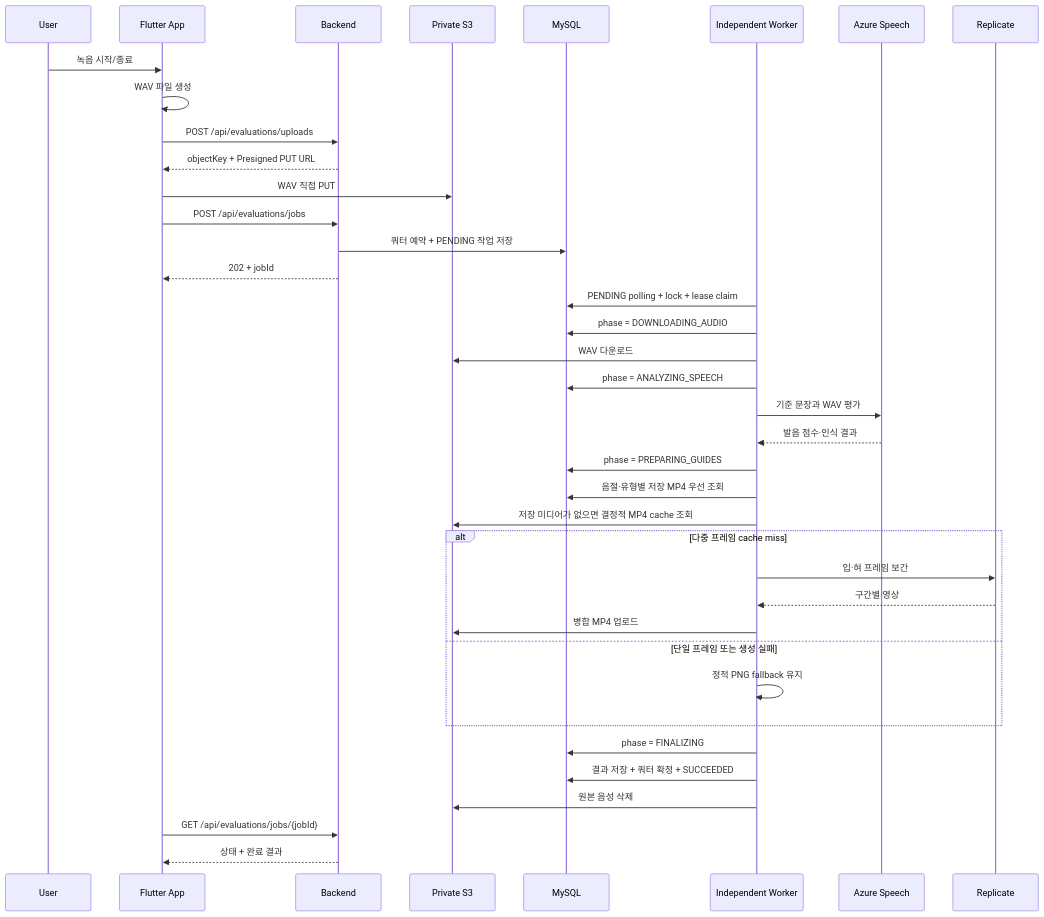
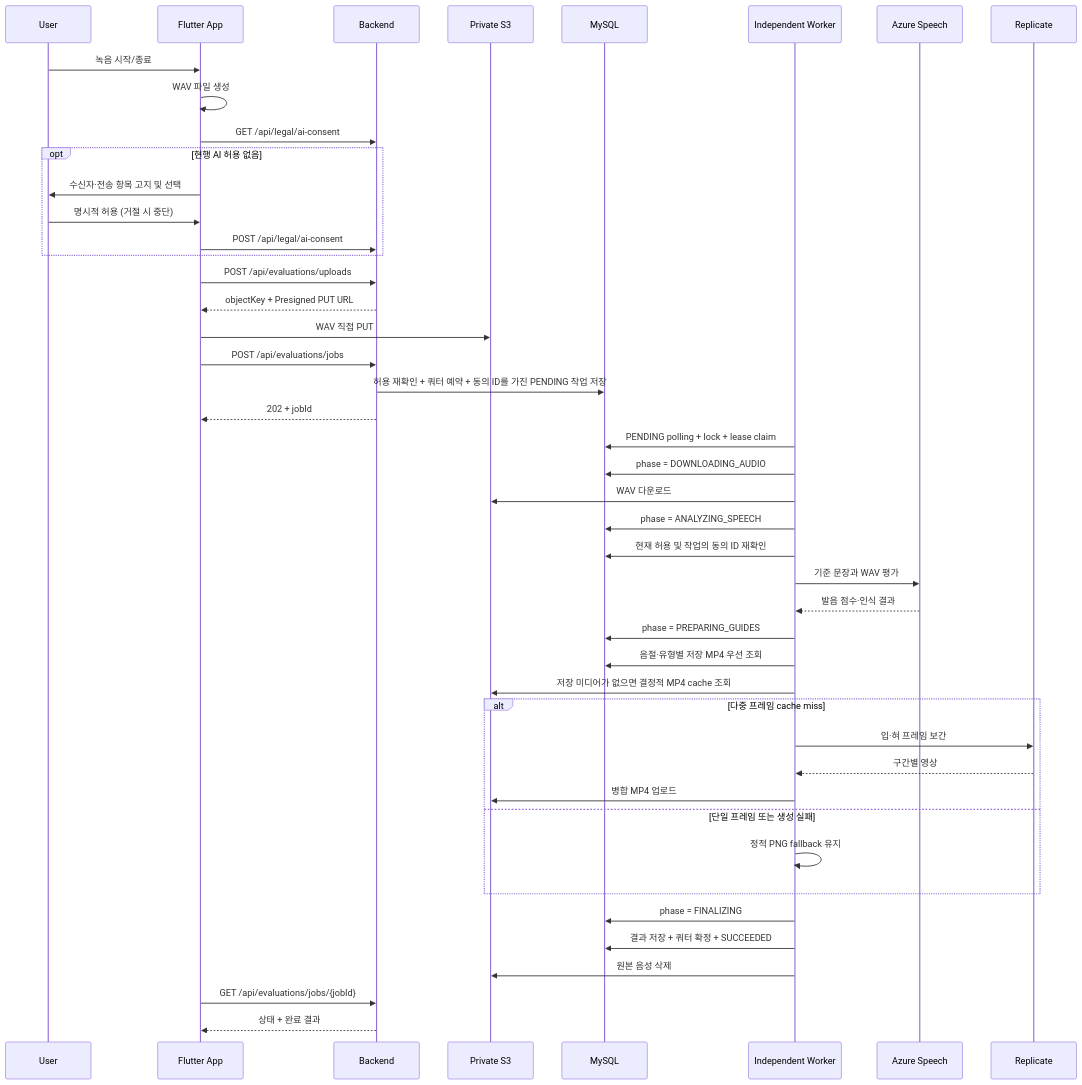
Before and after one commit to byeok99/LingKo: the second of 2 diagrams in docs/architecture/evaluation-flow.md, drawn with Mermaid. The commit also changed other lines of this file and 19 other files, not shown here.

````diff
--- a/docs/architecture/evaluation-flow.md
+++ b/docs/architecture/evaluation-flow.md
@@ -30,41 +30,48 @@
 ```mermaid
 sequenceDiagram
     participant U as User
     participant A as Flutter App
     participant B as Backend
     participant S as Private S3
     participant D as MySQL
     participant W as Independent Worker
     participant Z as Azure Speech
     participant R as Replicate
 
     U->>A: 녹음 시작/종료
     A->>A: WAV 파일 생성
+    A->>B: GET /api/legal/ai-consent
+    opt 현행 AI 허용 없음
+        A->>U: 수신자·전송 항목 고지 및 선택
+        U->>A: 명시적 허용 (거절 시 중단)
+        A->>B: POST /api/legal/ai-consent
+    end
     A->>B: POST /api/evaluations/uploads
     B-->>A: objectKey + Presigned PUT URL
     A->>S: WAV 직접 PUT
     A->>B: POST /api/evaluations/jobs
-    B->>D: 쿼터 예약 + PENDING 작업 저장
+    B->>D: 허용 재확인 + 쿼터 예약 + 동의 ID를 가진 PENDING 작업 저장
     B-->>A: 202 + jobId
     W->>D: PENDING polling + lock + lease claim
     W->>D: phase = DOWNLOADING_AUDIO
     W->>S: WAV 다운로드
     W->>D: phase = ANALYZING_SPEECH
+    W->>D: 현재 허용 및 작업의 동의 ID 재확인
     W->>Z: 기준 문장과 WAV 평가
     Z-->>W: 발음 점수·인식 결과
     W->>D: phase = PREPARING_GUIDES
     W->>D: 음절·유형별 저장 MP4 우선 조회
     W->>S: 저장 미디어가 없으면 결정적 MP4 cache 조회
     alt 다중 프레임 cache miss
         W->>R: 입·혀 프레임 보간
         R-->>W: 구간별 영상
         W->>S: 병합 MP4 업로드
     else 단일 프레임 또는 생성 실패
         W->>W: 정적 PNG fallback 유지
     end
     W->>D: phase = FINALIZING
     W->>D: 결과 저장 + 쿼터 확정 + SUCCEEDED
     W->>S: 원본 음성 삭제
     A->>B: GET /api/evaluations/jobs/{jobId}
     B-->>A: 상태 + 완료 결과
 ```
````
